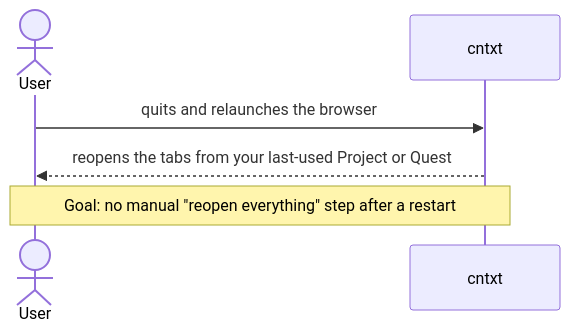
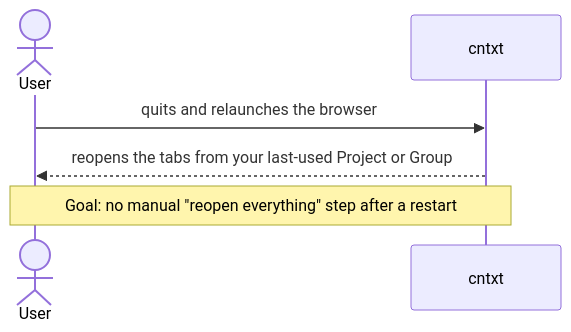
Before and after one commit to enyhma/cntxt: the sixth of 11 diagrams in docs/workflows.md, drawn with Mermaid. The commit also changed other lines of this file and 7 other files, not shown here.

First line of the commit message:
docs: rename Quest to Group across CLAUDE.md and docs/

````diff
--- a/docs/workflows.md
+++ b/docs/workflows.md
@@ -161,9 +161,9 @@
 ```mermaid
 sequenceDiagram
     actor User
     participant cntxt
 
     User->>cntxt: quits and relaunches the browser
-    cntxt-->>User: reopens the tabs from your last-used Project or Quest
+    cntxt-->>User: reopens the tabs from your last-used Project or Group
     Note over User,cntxt: Goal: no manual "reopen everything" step after a restart
 ```
````
